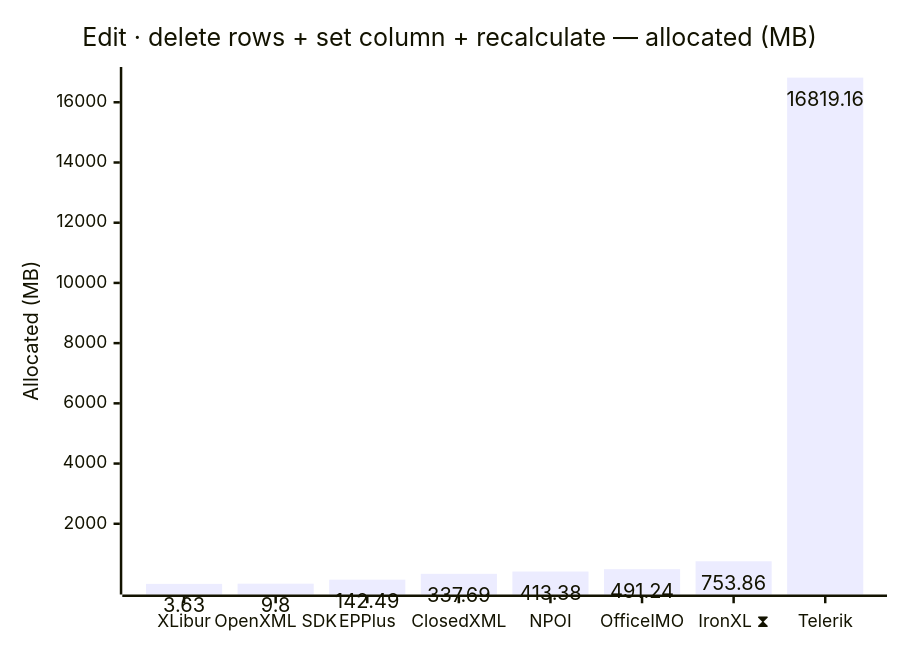
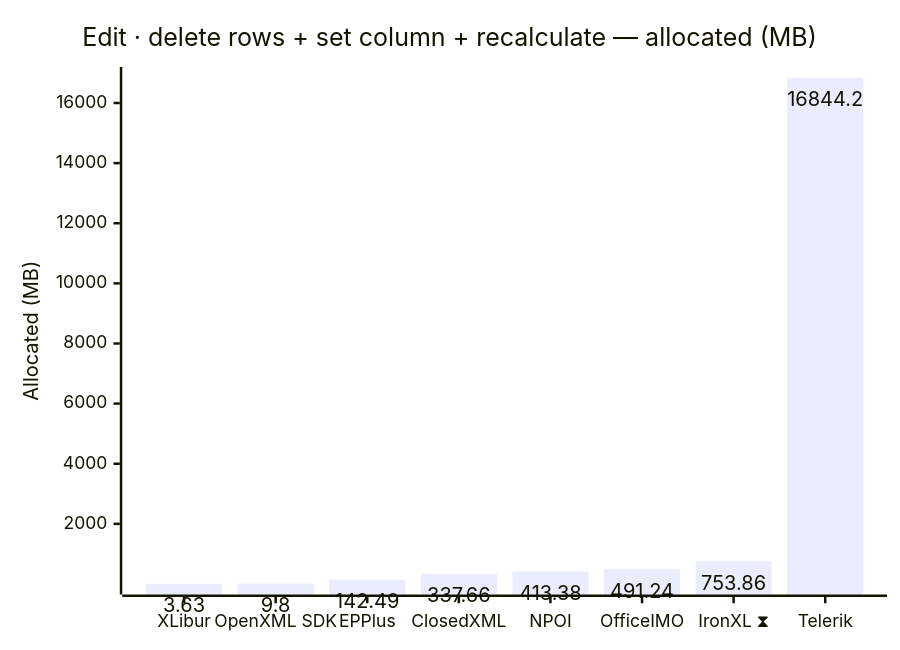
The tenth of 12 diagrams in docs/results.md (jafin/XLBench), drawn with Mermaid before and after one commit. The commit also changed other lines of this file and 11 other files, not shown here.

````diff
--- a/docs/results.md
+++ b/docs/results.md
@@ -158,12 +159,12 @@
 ```mermaid
 ---
 config:
   xyChart:
     showDataLabel: true
 ---
 xychart-beta
     title "Edit · delete rows + set column + recalculate — allocated (MB)"
     x-axis ["XLibur", "OpenXML SDK", "EPPlus", "ClosedXML", "NPOI", "OfficeIMO", "IronXL ⧗", "Telerik"]
     y-axis "Allocated (MB)"
-    bar [3.63, 9.8, 142.49, 337.69, 413.38, 491.24, 753.86, 16819.16]
+    bar [3.63, 9.8, 142.49, 337.66, 413.38, 491.24, 753.86, 16844.2]
 ```
````
